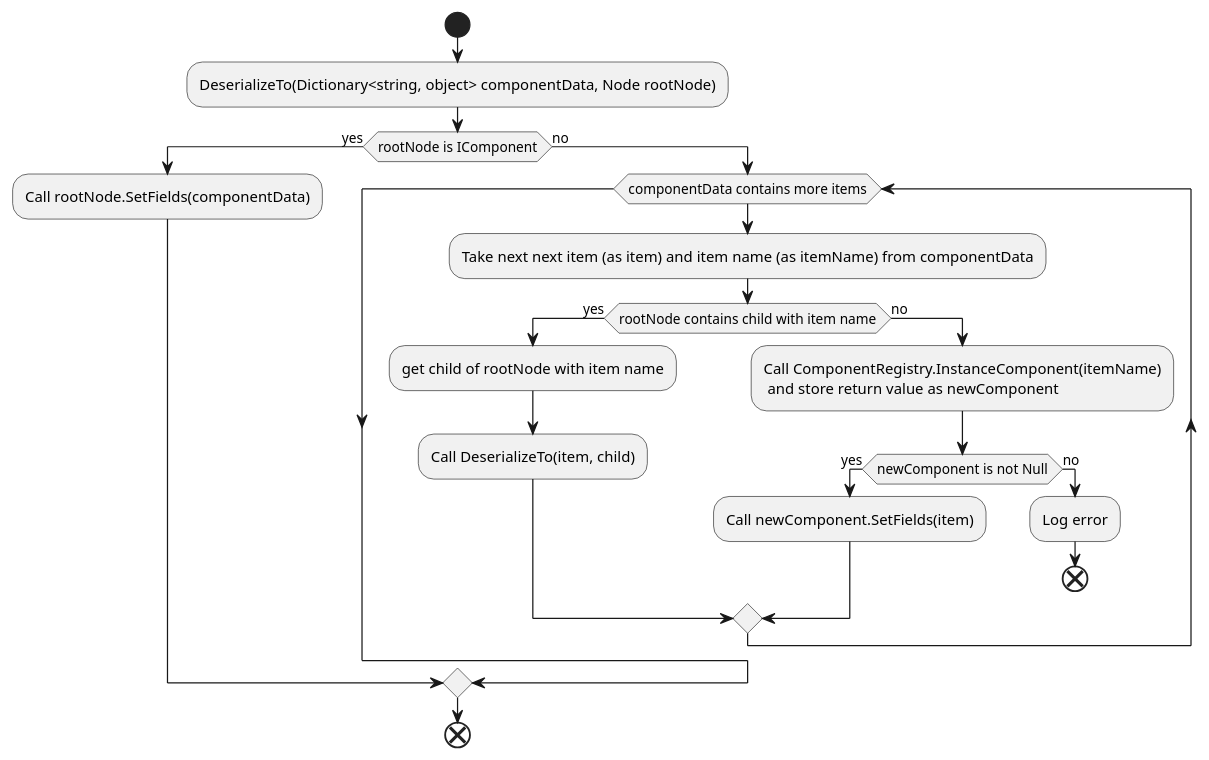
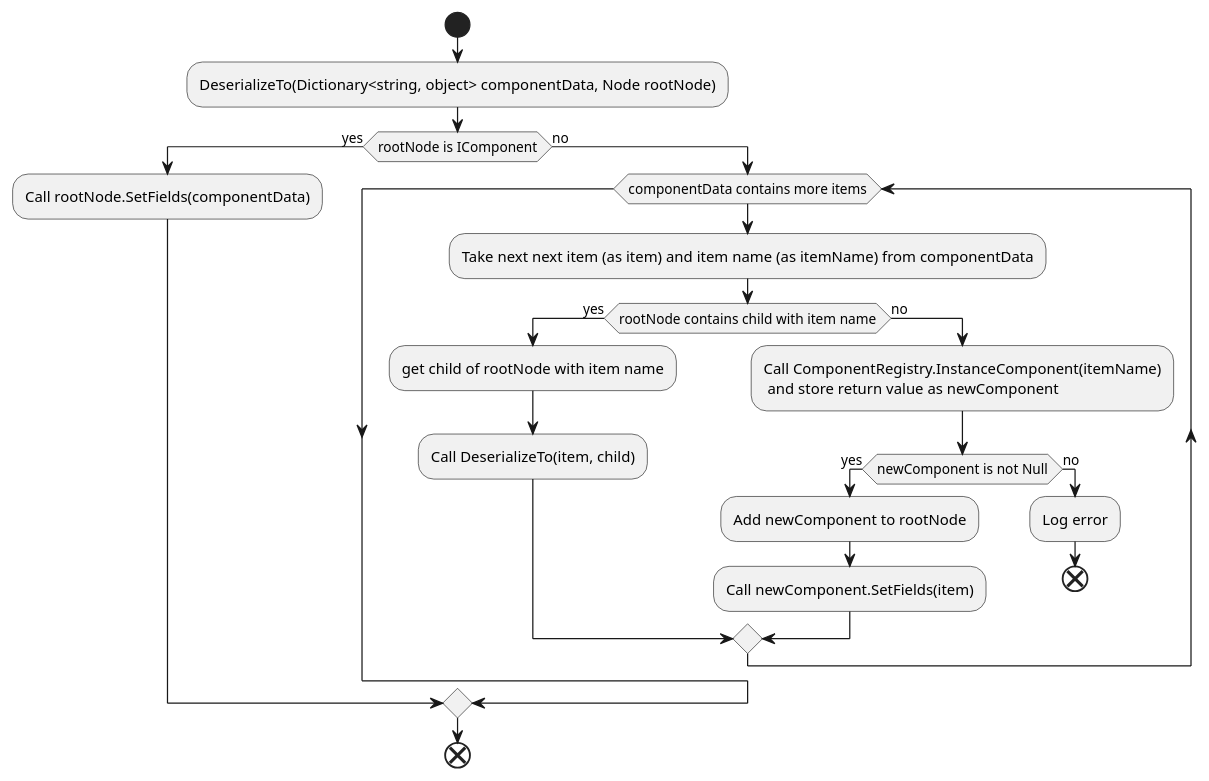
One commit to Beliar83/godot-component-system-old changed the diagram in model/ComponentSerializer_DeserializeTo.puml. Above: the diagram before and after it, drawn with PlantUML.

Commit message:
- Add missing action.

```diff
--- a/model/ComponentSerializer_DeserializeTo.puml
+++ b/model/ComponentSerializer_DeserializeTo.puml
@@ -1,26 +1,27 @@
 @startuml
 '' ComponentSerializer.DeserializeTo
 start
 :DeserializeTo(Dictionary<string, object> componentData, Node rootNode);
 if (rootNode is IComponent) then (yes)
 	:Call rootNode.SetFields(componentData);
 else (no)
 	while (componentData contains more items)
 		:Take next next item (as item) and item name (as itemName) from componentData;		
 		if (rootNode contains child with item name) then (yes)
 			:get child of rootNode with item name;
 			:Call DeserializeTo(item, child);
 		else (no)
 			:Call ComponentRegistry.InstanceComponent(itemName)\n and store return value as newComponent;
 			if (newComponent is not Null) then (yes)
+				:Add newComponent to rootNode;
 				:Call newComponent.SetFields(item);
 			else (no)
 				:Log error;
 				end
 			endif
 		endif
 	endwhile
 endif
 end
 
 @enduml
```
